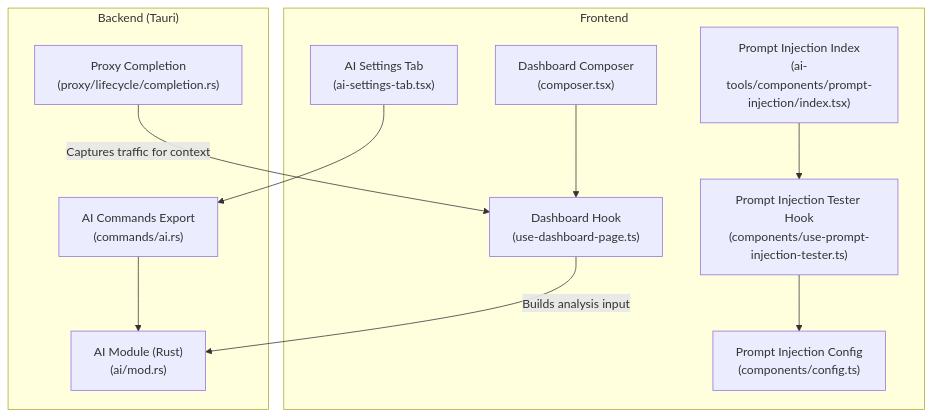
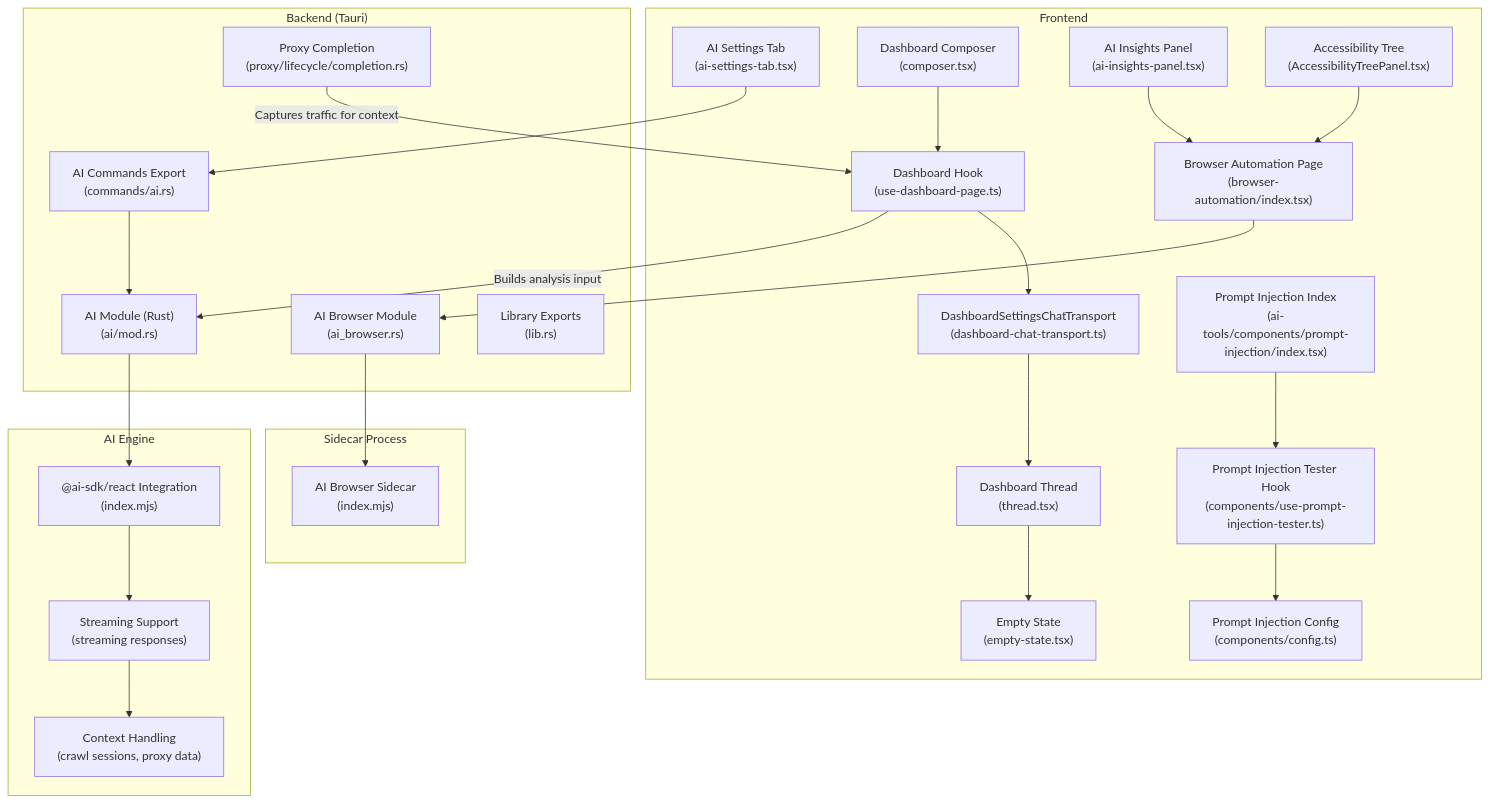
One commit to arhamymr/hexbuffer changed the first of 11 diagrams in .qoder/repowiki/en/content/AI Integration/AI Integration.md. Above: the diagram before and after it, drawn with Mermaid. The commit also changed other lines of this file and 21 other files, not shown here.

````diff
--- a/.qoder/repowiki/en/content/AI Integration/AI Integration.md
+++ b/.qoder/repowiki/en/content/AI Integration/AI Integration.md
@@ -56,23 +89,49 @@
 ```mermaid
 graph TB
 subgraph "Frontend"
 AIST["AI Settings Tab<br/>(ai-settings-tab.tsx)"]
 DASH["Dashboard Composer<br/>(composer.tsx)"]
 DHOOK["Dashboard Hook<br/>(use-dashboard-page.ts)"]
+DTRANSPORT["DashboardSettingsChatTransport<br/>(dashboard-chat-transport.ts)"]
+THREAD["Dashboard Thread<br/>(thread.tsx)"]
+EMPTY["Empty State<br/>(empty-state.tsx)"]
 PINJIDX["Prompt Injection Index<br/>(ai-tools/components/prompt-injection/index.tsx)"]
 PINJCFG["Prompt Injection Config<br/>(components/config.ts)"]
 PINJUSE["Prompt Injection Tester Hook<br/>(components/use-prompt-injection-tester.ts)"]
+BROWSE["Browser Automation Page<br/>(browser-automation/index.tsx)"]
+INSIGHTS["AI Insights Panel<br/>(ai-insights-panel.tsx)"]
+ACCESS["Accessibility Tree<br/>(AccessibilityTreePanel.tsx)"]
 end
 subgraph "Backend (Tauri)"
 CMD["AI Commands Export<br/>(commands/ai.rs)"]
 AI["AI Module (Rust)<br/>(ai/mod.rs)"]
+AIB["AI Browser Module<br/>(ai_browser.rs)"]
+LIB["Library Exports<br/>(lib.rs)"]
 COMP["Proxy Completion<br/>(proxy/lifecycle/completion.rs)"]
+end
+subgraph "AI Engine"
+ENGINE["@ai-sdk/react Integration<br/>(index.mjs)"]
+STREAM["Streaming Support<br/>(streaming responses)"]
+CONTEXT["Context Handling<br/>(crawl sessions, proxy data)"]
+end
+subgraph "Sidecar Process"
+SIDECAR["AI Browser Sidecar<br/>(index.mjs)"]
 end
 AIST --> CMD
 DASH --> DHOOK
+DHOOK --> DTRANSPORT
+DTRANSPORT --> THREAD
+THREAD --> EMPTY
 PINJIDX --> PINJUSE
 PINJUSE --> PINJCFG
+BROWSE --> AIB
+INSIGHTS --> BROWSE
+ACCESS --> BROWSE
 CMD --> AI
+AIB --> SIDECAR
 DHOOK --> |"Builds analysis input"| AI
 COMP --> |"Captures traffic for context"| DHOOK
+AI --> ENGINE
+ENGINE --> STREAM
+STREAM --> CONTEXT
 ```
````
